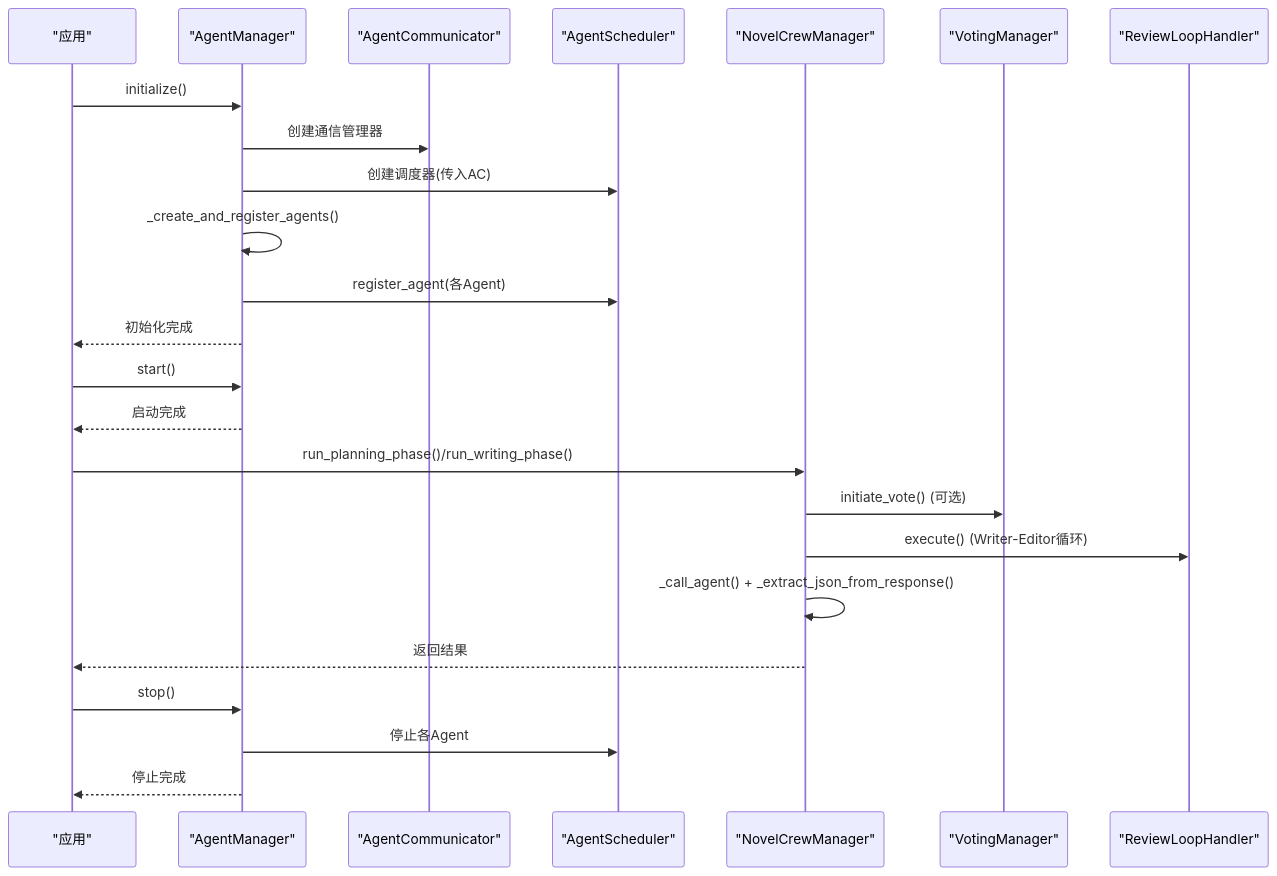
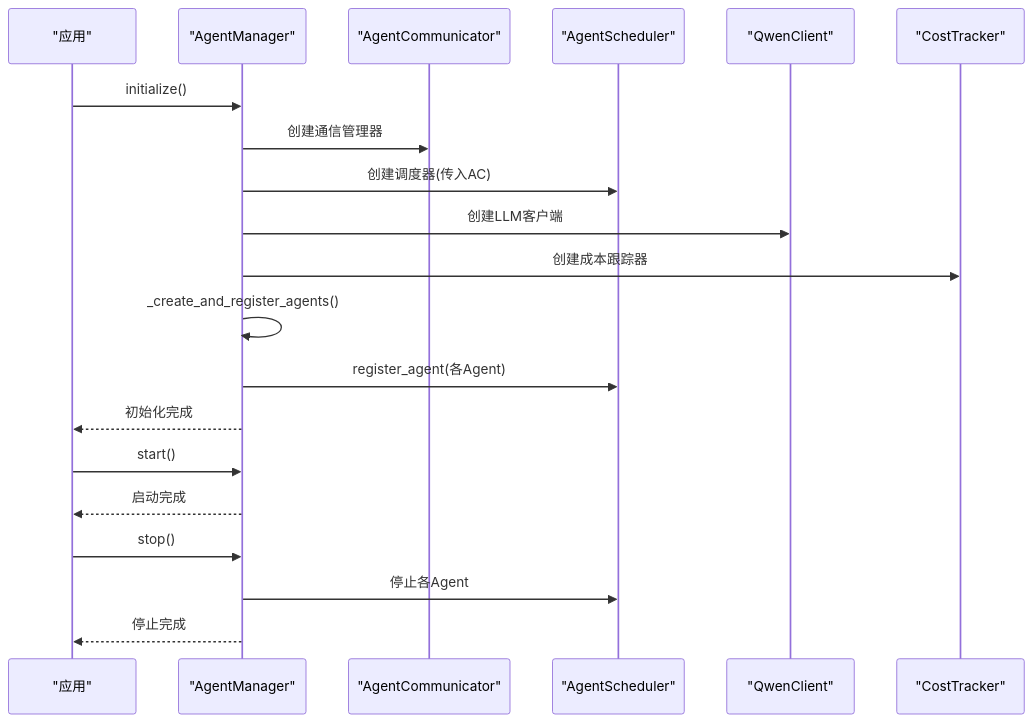
One commit to xfbyxq/ai-novel-system changed the second of 9 diagrams in .qoder/repowiki/zh/content/AI智能体系统/Agent管理器核心.md. Above: the diagram before and after it, drawn with Mermaid. The commit also changed other lines of this file and 38 other files, not shown here.

````diff
--- a/.qoder/repowiki/zh/content/AI智能体系统/Agent管理器核心.md
+++ b/.qoder/repowiki/zh/content/AI智能体系统/Agent管理器核心.md
@@ -207,26 +141,22 @@
 ```mermaid
 sequenceDiagram
 participant App as "应用"
 participant AM as "AgentManager"
 participant AC as "AgentCommunicator"
 participant AS as "AgentScheduler"
-participant CM as "NovelCrewManager"
-participant VM as "VotingManager"
-participant RL as "ReviewLoopHandler"
+participant QC as "QwenClient"
+participant CT as "CostTracker"
 App->>AM : initialize()
 AM->>AC : 创建通信管理器
 AM->>AS : 创建调度器(传入AC)
+AM->>QC : 创建LLM客户端
+AM->>CT : 创建成本跟踪器
 AM->>AM : _create_and_register_agents()
 AM->>AS : register_agent(各Agent)
 AM-->>App : 初始化完成
 App->>AM : start()
 AM-->>App : 启动完成
-App->>CM : run_planning_phase()/run_writing_phase()
-CM->>VM : initiate_vote() (可选)
-CM->>RL : execute() (Writer-Editor循环)
-CM->>CM : _call_agent() + _extract_json_from_response()
-CM-->>App : 返回结果
 App->>AM : stop()
 AM->>AS : 停止各Agent
 AM-->>App : 停止完成
 ```
````
